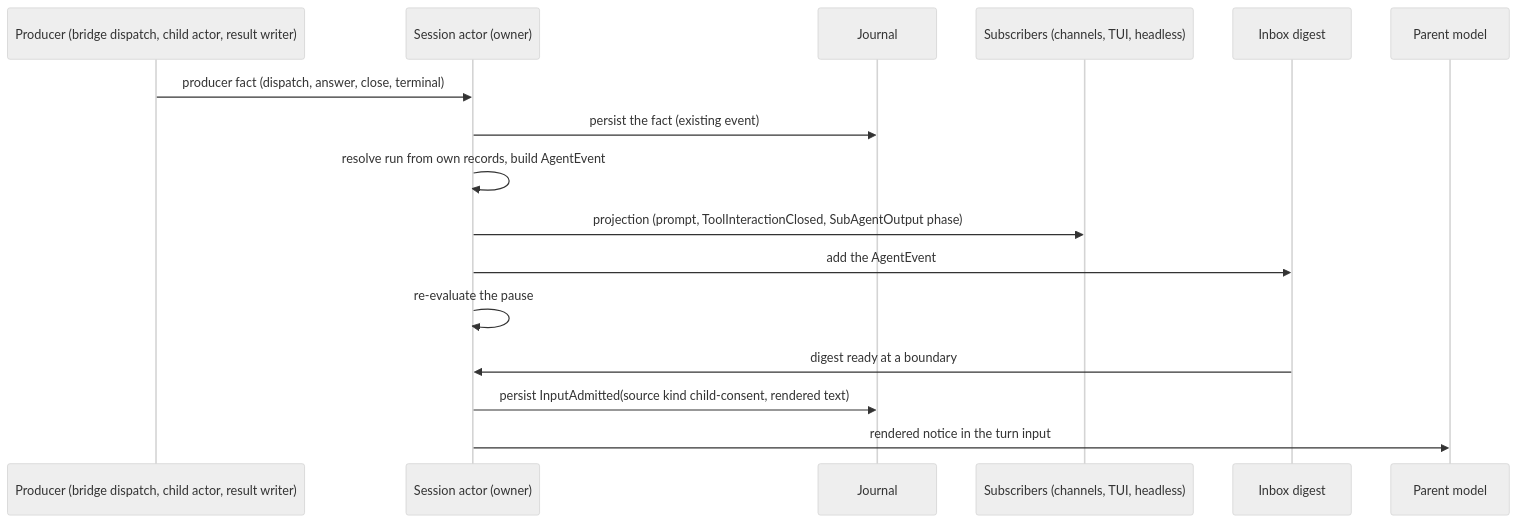
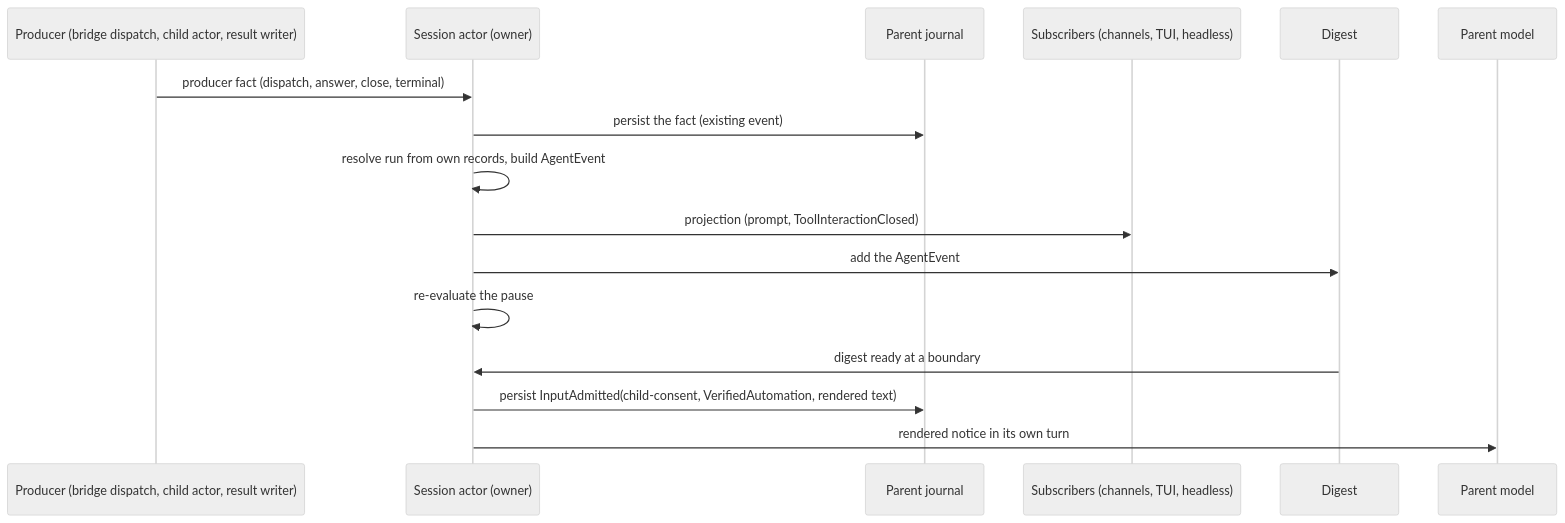
Before and after one commit to netclaw-dev/netclaw: the second of 3 diagrams in openspec/changes/child-approval-events-and-parent-pause/design.md, drawn with Mermaid (neutral theme). The commit also changed other lines of this file and 10 other files, not shown here.

````diff
--- a/openspec/changes/child-approval-events-and-parent-pause/design.md
+++ b/openspec/changes/child-approval-events-and-parent-pause/design.md
@@ -517,18 +540,18 @@
 ```mermaid
 sequenceDiagram
     participant P as Producer (bridge dispatch, child actor, result writer)
     participant S as Session actor (owner)
-    participant J as Journal
+    participant J as Parent journal
     participant Sub as Subscribers (channels, TUI, headless)
-    participant I as Inbox digest
+    participant I as Digest
     participant M as Parent model
     P->>S: producer fact (dispatch, answer, close, terminal)
     S->>J: persist the fact (existing event)
     S->>S: resolve run from own records, build AgentEvent
-    S->>Sub: projection (prompt, ToolInteractionClosed, SubAgentOutput phase)
+    S->>Sub: projection (prompt, ToolInteractionClosed)
     S->>I: add the AgentEvent
     S->>S: re-evaluate the pause
     I->>S: digest ready at a boundary
-    S->>J: persist InputAdmitted(source kind child-consent, rendered text)
-    S->>M: rendered notice in the turn input
+    S->>J: persist InputAdmitted(child-consent, VerifiedAutomation, rendered text)
+    S->>M: rendered notice in its own turn
 ```
````
